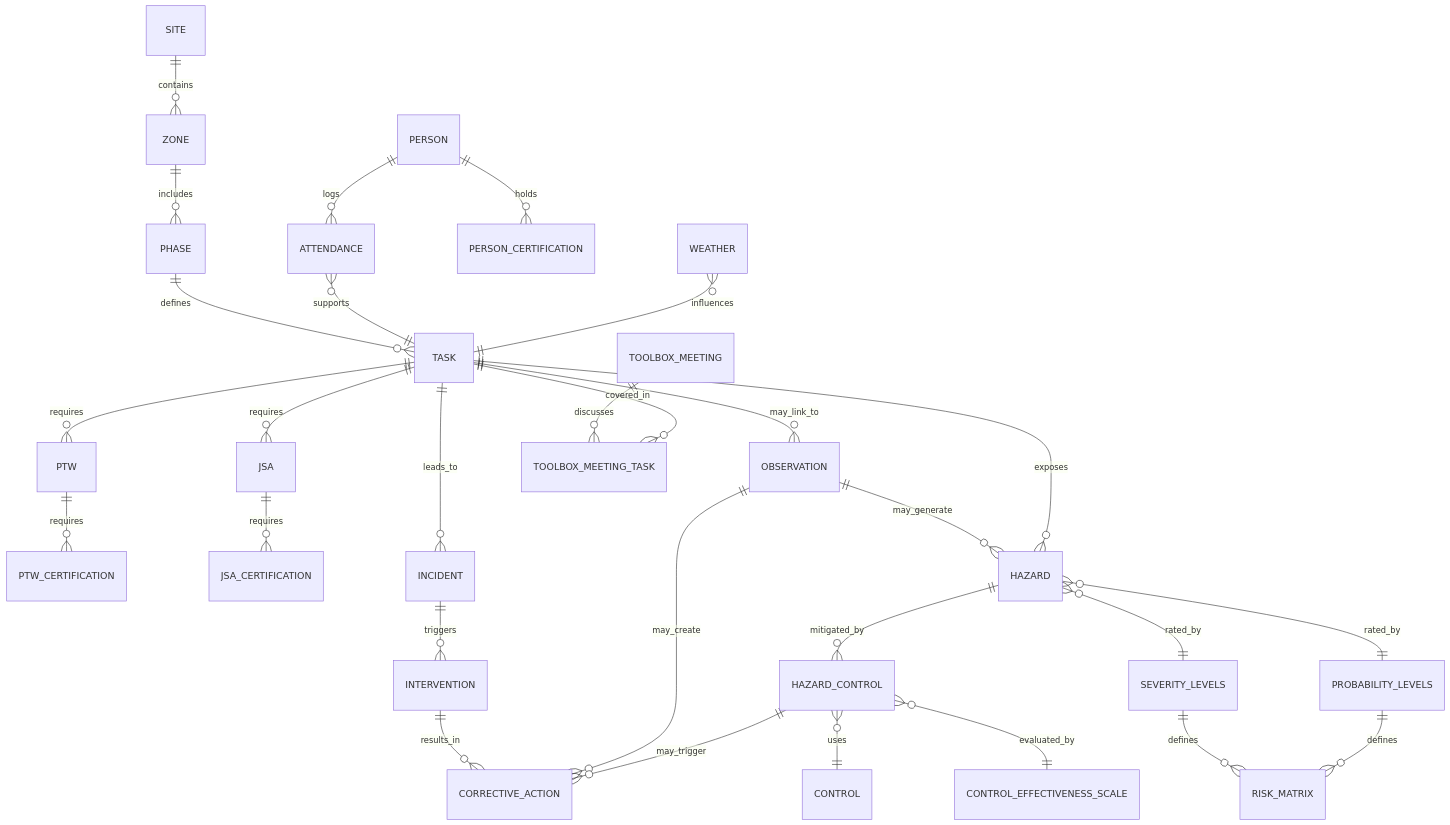
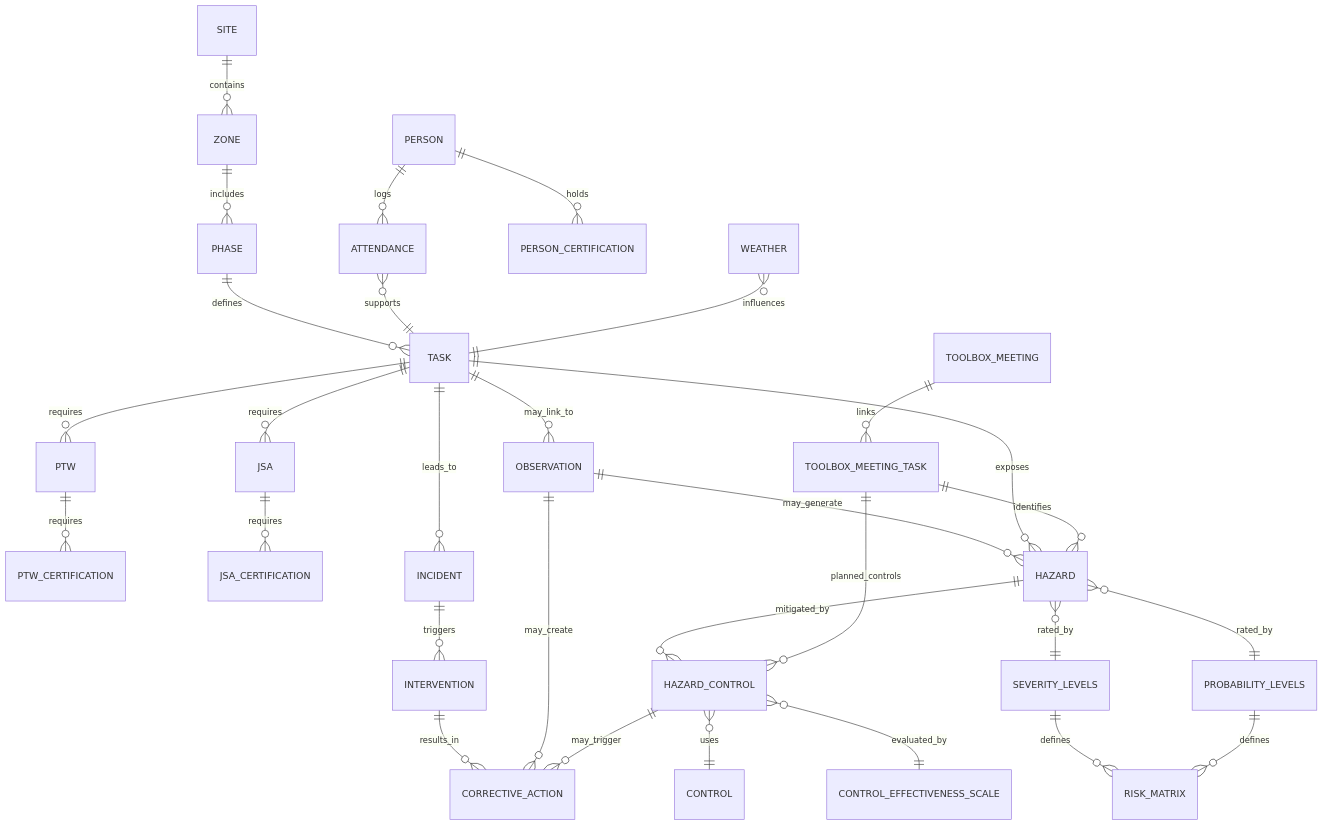
The diagram in README.md (Euchie23/HSEQ_Risk_Intel), drawn with Mermaid before and after one commit.

````diff
--- a/README.md
+++ b/README.md
@@ -58,42 +58,42 @@
 ```mermaid
 erDiagram
     SITE ||--o{ ZONE : contains
     ZONE ||--o{ PHASE : includes
     PHASE ||--o{ TASK : defines
 
     PERSON ||--o{ ATTENDANCE : logs
     ATTENDANCE }o--|| TASK : supports
 
     TASK ||--o{ PTW : requires
     TASK ||--o{ JSA : requires
 
     PERSON ||--o{ PERSON_CERTIFICATION : holds
     PTW ||--o{ PTW_CERTIFICATION : requires
     JSA ||--o{ JSA_CERTIFICATION : requires
 
     TASK ||--o{ INCIDENT : leads_to
     INCIDENT ||--o{ INTERVENTION : triggers
     INTERVENTION ||--o{ CORRECTIVE_ACTION : results_in
 
     TASK ||--o{ OBSERVATION  : may_link_to
     OBSERVATION ||--o{ HAZARD : may_generate
     OBSERVATION ||--o{ CORRECTIVE_ACTION : may_create
 
     TASK ||--o{ HAZARD : exposes
     HAZARD ||--o{ HAZARD_CONTROL : mitigated_by
     HAZARD_CONTROL }o--|| CONTROL : uses
 
     HAZARD }o--|| SEVERITY_LEVELS : rated_by
     HAZARD }o--|| PROBABILITY_LEVELS : rated_by
     SEVERITY_LEVELS ||--o{ RISK_MATRIX : defines
     PROBABILITY_LEVELS ||--o{ RISK_MATRIX : defines
 
     HAZARD_CONTROL }o--|| CONTROL_EFFECTIVENESS_SCALE : evaluated_by
     HAZARD_CONTROL ||--o{ CORRECTIVE_ACTION : may_trigger
 
+    TOOLBOX_MEETING ||--o{ TOOLBOX_MEETING_TASK : links
+    TOOLBOX_MEETING_TASK ||--o{ HAZARD : identifies
+    TOOLBOX_MEETING_TASK ||--o{ HAZARD_CONTROL : planned_controls
+
     WEATHER }o--|| TASK : influences
-
-    TOOLBOX_MEETING ||--o{ TOOLBOX_MEETING_TASK : discusses
-    TASK ||--o{ TOOLBOX_MEETING_TASK : covered_in
-
 ```
````
